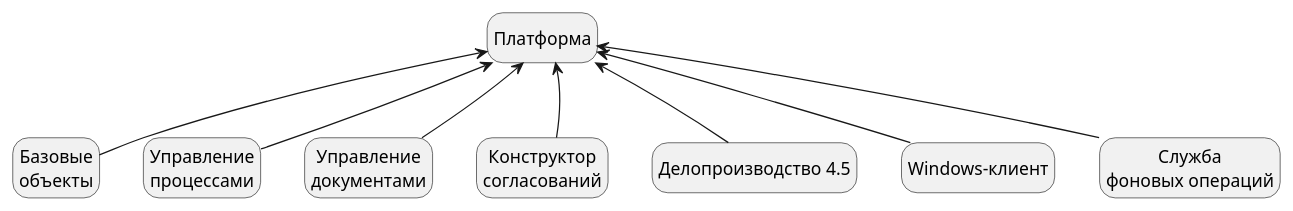
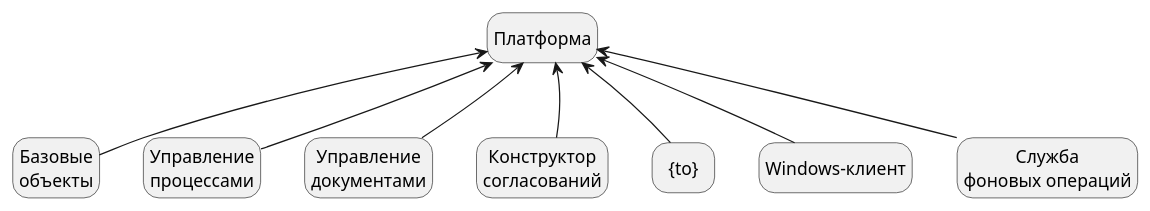
Before and after one commit to Docsvision/antora-playbook: the diagram in system-description/modules/ROOT/pages/base-modules.adoc, drawn with PlantUML. The commit also changed other lines of this file and 2 other files, not shown here.

Commit message:
Делопроизводство в атрибут {to}

```diff
--- a/system-description/modules/ROOT/pages/base-modules.adoc
+++ b/system-description/modules/ROOT/pages/base-modules.adoc
@@ -15,37 +15,37 @@
 [plantuml, svg]
 ....
 @startuml
 hide empty description
 '!pragma layout elk
 skinparam rectangleBorderThickness 1
 skinparam defaultTextAlignment center
 skinparam lifelineStrategy solid
 skinparam monochrome true
 
 State "Платформа" as platform
 State "Базовые\nобъекты" as baseobjects
 State "Управление\nпроцессами" as workflow
 State "Управление\nдокументами" as documentmanagement
 State "Конструктор\nсогласований" as approvaldesigner
-State "Делопроизводство 4.5" as takeoffice
+State "{to}" as takeoffice
 State "Windows-клиент" as windowsclient
 State "Служба\nфоновых операций" as workerservice
 
 baseobjects --> platform
 workflow --> platform
 takeoffice --> platform
 windowsclient --> platform
 documentmanagement --> platform
 approvaldesigner --> platform
 workerservice --> platform
 
 platform -[hidden]-> baseobjects
 platform -[hidden]-> workflow
 platform -[hidden]-> takeoffice
 platform -[hidden]-> windowsclient
 platform -[hidden]-> documentmanagement
 platform -[hidden]-> approvaldesigner
 platform -[hidden]-> workerservice
 
 @enduml
 ....
```
